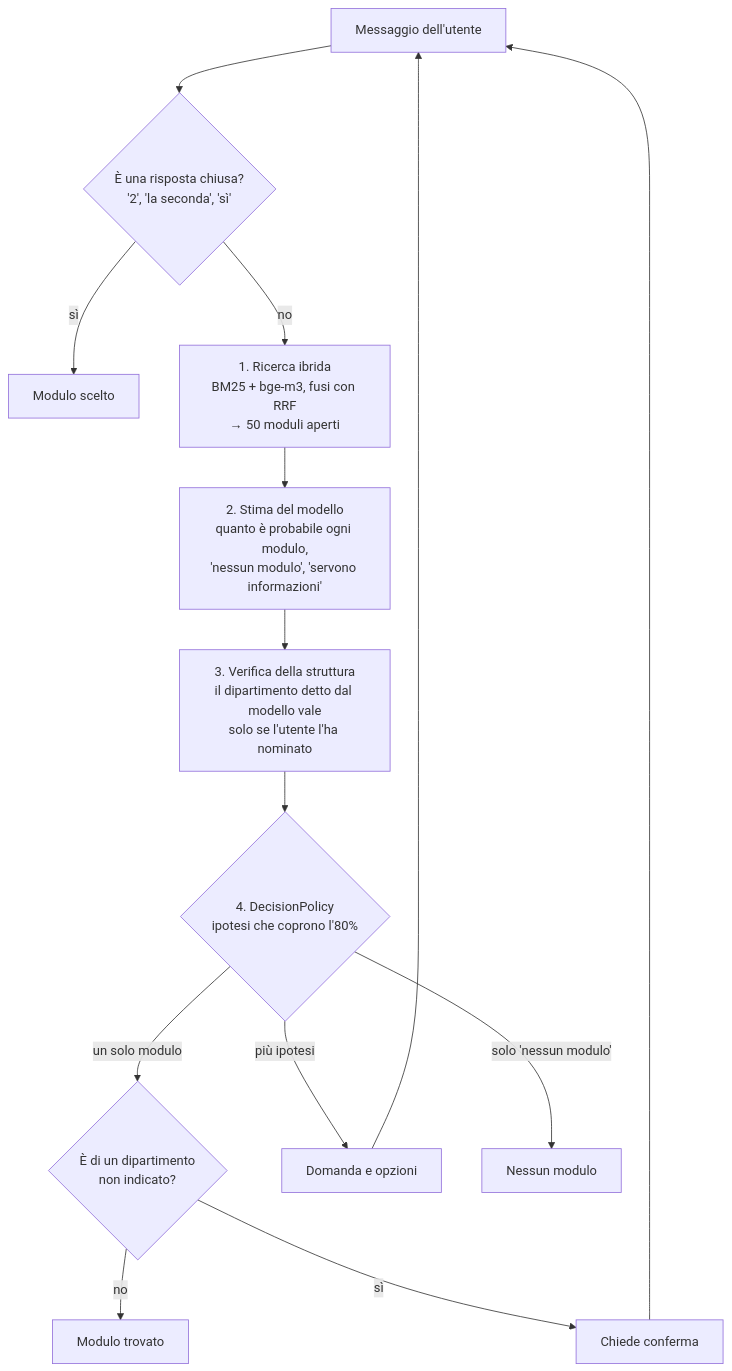
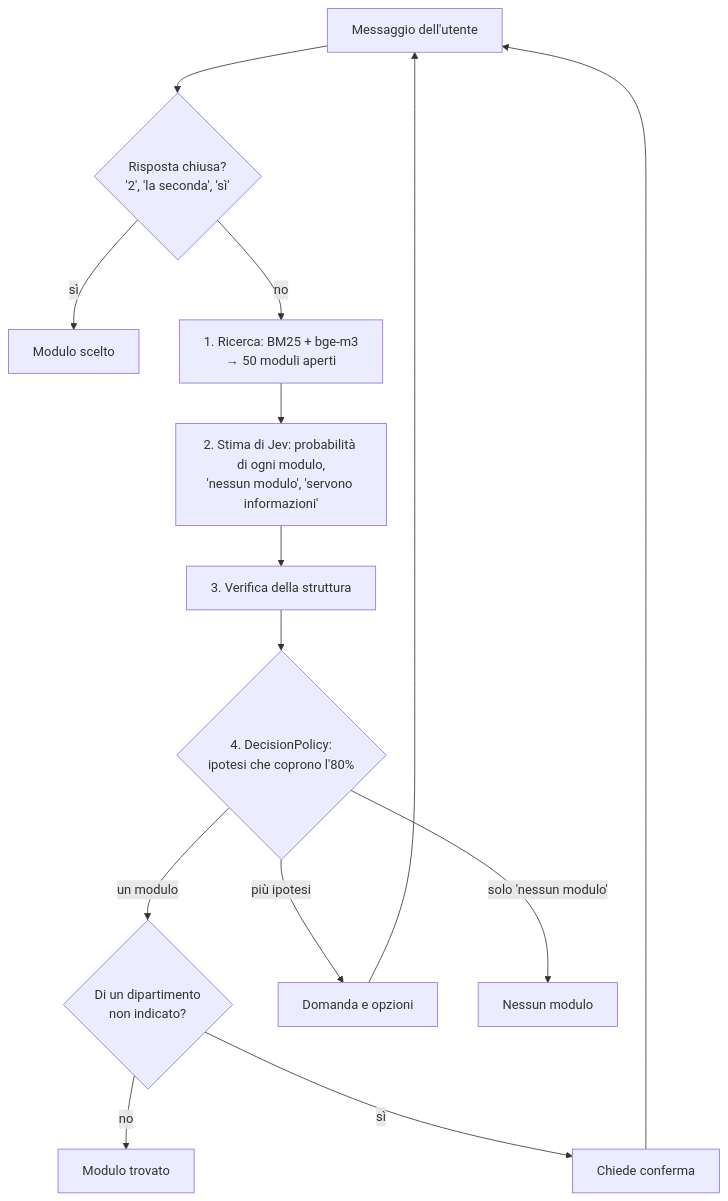
Before and after one commit to Agile-Software-Development-2026-2027/uniticket-group-10: the diagram in classifier/README.md, drawn with Mermaid. The commit also changed other lines of this file, not shown here.

````diff
--- a/classifier/README.md
+++ b/classifier/README.md
@@ -38,16 +29,16 @@
 ```mermaid
 flowchart TD
-    U["Messaggio dell'utente"] --> R{"È una risposta chiusa?<br/>'2', 'la seconda', 'sì'"}
+    U["Messaggio dell'utente"] --> R{"Risposta chiusa?<br/>'2', 'la seconda', 'sì'"}
     R -->|sì| OK["Modulo scelto"]
-    R -->|no| S["1. Ricerca ibrida<br/>BM25 + bge-m3, fusi con RRF<br/>→ 50 moduli aperti"]
-    S --> M["2. Stima del modello<br/>quanto è probabile ogni modulo,<br/>'nessun modulo', 'servono informazioni'"]
-    M --> V["3. Verifica della struttura<br/>il dipartimento detto dal modello vale<br/>solo se l'utente l'ha nominato"]
-    V --> P{"4. DecisionPolicy<br/>ipotesi che coprono l'80%"}
-    P -->|"un solo modulo"| D{"È di un dipartimento<br/>non indicato?"}
+    R -->|no| S["1. Ricerca: BM25 + bge-m3<br/>→ 50 moduli aperti"]
+    S --> M["2. Stima di Jev: probabilità di ogni modulo,<br/>'nessun modulo', 'servono informazioni'"]
+    M --> V["3. Verifica della struttura"]
+    V --> P{"4. DecisionPolicy:<br/>ipotesi che coprono l'80%"}
+    P -->|"un modulo"| D{"Di un dipartimento<br/>non indicato?"}
     D -->|no| SEL["Modulo trovato"]
     D -->|sì| C["Chiede conferma"]
     P -->|"più ipotesi"| Q["Domanda e opzioni"]
     P -->|"solo 'nessun modulo'"| N["Nessun modulo"]
     Q --> U
     C --> U
 ```
````
